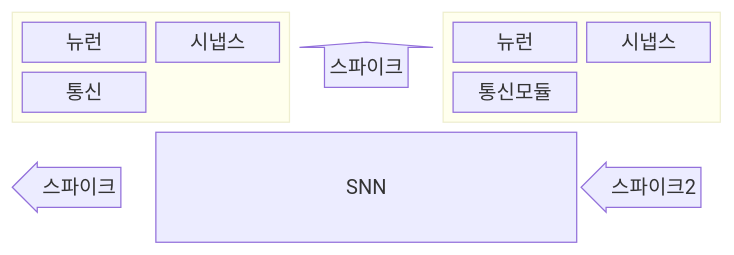
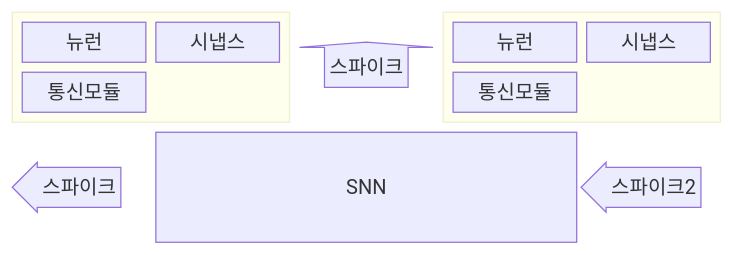
Before and after one commit to gracefullight/gracefullight.github.io: the diagram in blog/pe/ca/neuromorphic-chip.md, drawn with Mermaid.

Commit message:
docs: 📚️ fix typo

````diff
--- a/blog/pe/ca/neuromorphic-chip.md
+++ b/blog/pe/ca/neuromorphic-chip.md
@@ -20,20 +20,20 @@
 ```mermaid
 block-beta
   columns 5
   block:group1:2
     columns 2
     뉴런
     시냅스
-    통신:2
+    통신모듈1["통신모듈"]:2
   end
   blockArrowId1<["스파이크"]>(up):1
   block:group2:2
     columns 2
     뉴런2["뉴런"]
     시냅스2["시냅스"]
     통신모듈2["통신모듈"]:2
   end
   blockArrowId2<["스파이크"]>(left):1
   SNN:3
   blockArrowId3<["스파이크2"]>(left):1
 ```
````
